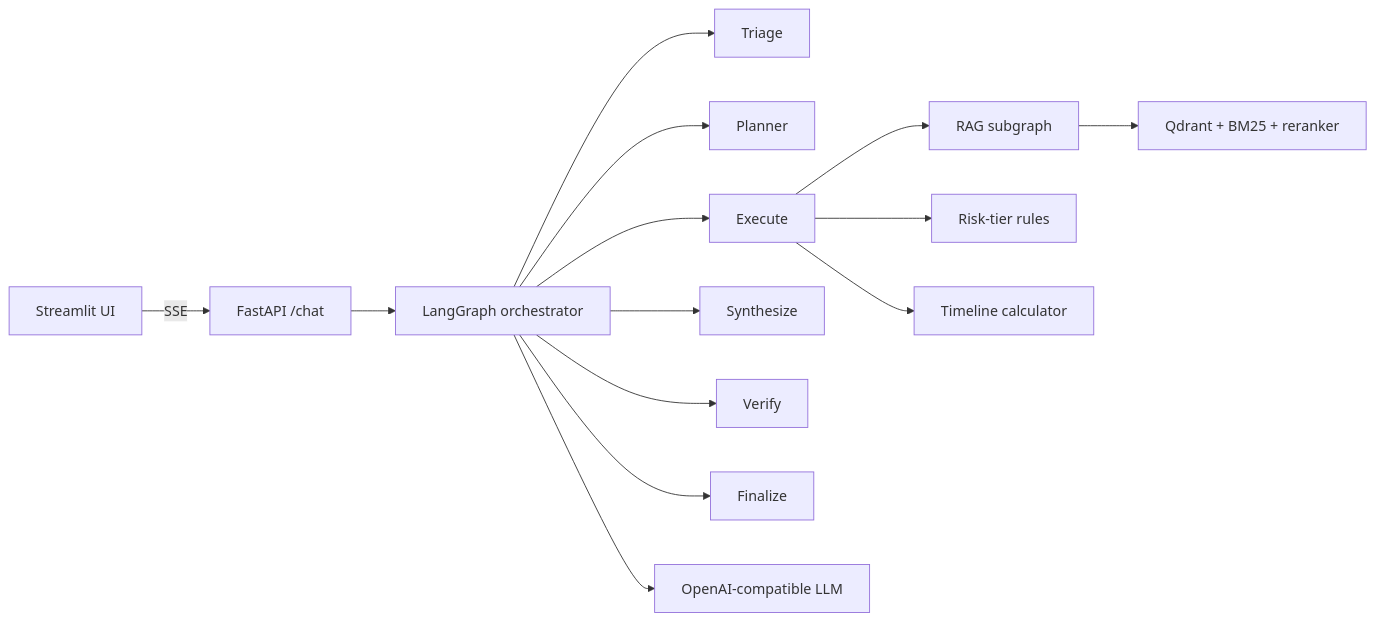
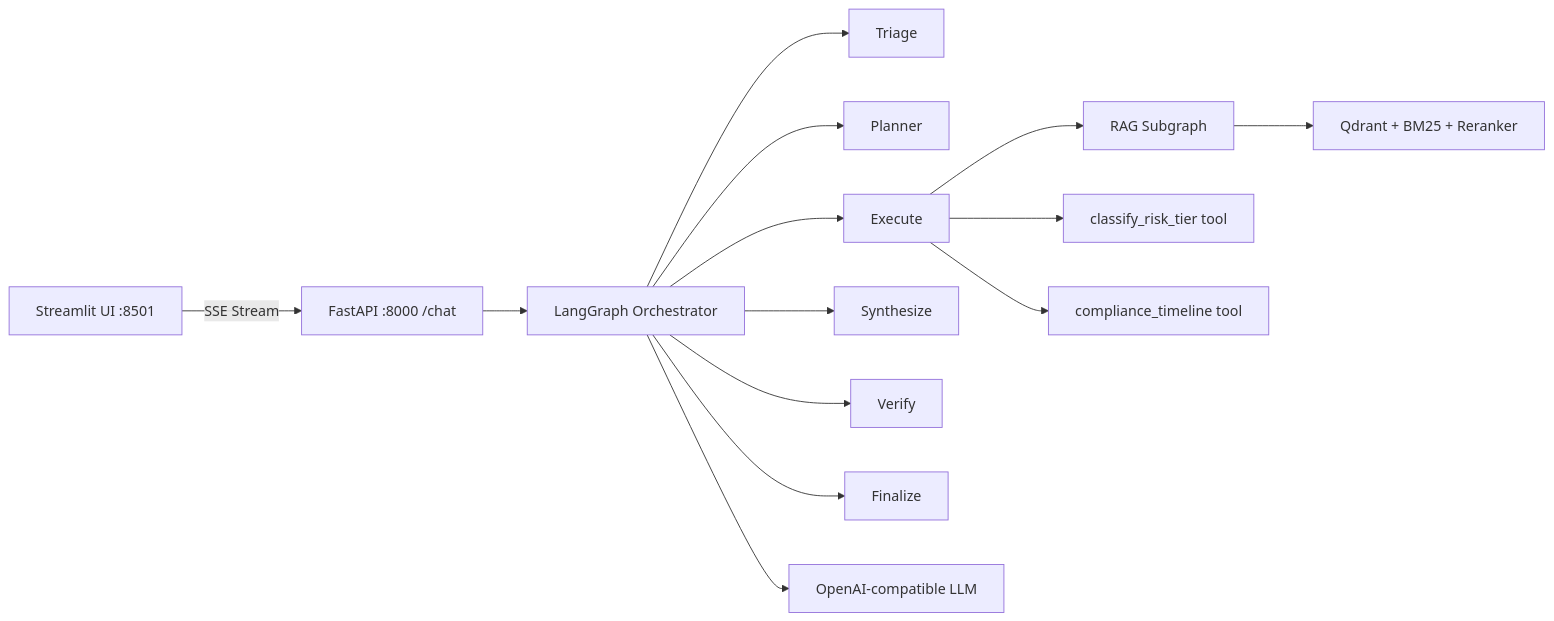
The diagram in README.md (szami6/eu-ai-act-copilot), drawn with Mermaid before and after one commit. The commit also changed other lines of this file, not shown here.

````diff
--- a/README.md
+++ b/README.md
@@ -19,16 +35,16 @@
 ```mermaid
 flowchart LR
-    UI[Streamlit UI] -->|SSE| API[FastAPI /chat]
-    API --> G[LangGraph orchestrator]
+    UI[Streamlit UI :8501] -->|SSE Stream| API[FastAPI :8000 /chat]
+    API --> G[LangGraph Orchestrator]
     G --> T[Triage]
     G --> P[Planner]
     G --> E[Execute]
     G --> S[Synthesize]
     G --> V[Verify]
     G --> F[Finalize]
-    E --> R[RAG subgraph]
-    E --> RT[Risk-tier rules]
-    E --> CT[Timeline calculator]
-    R --> Q[Qdrant + BM25 + reranker]
+    E --> R[RAG Subgraph]
+    E --> RT[classify_risk_tier tool]
+    E --> CT[compliance_timeline tool]
+    R --> Q[Qdrant + BM25 + Reranker]
     G --> L[OpenAI-compatible LLM]
 ```
````
